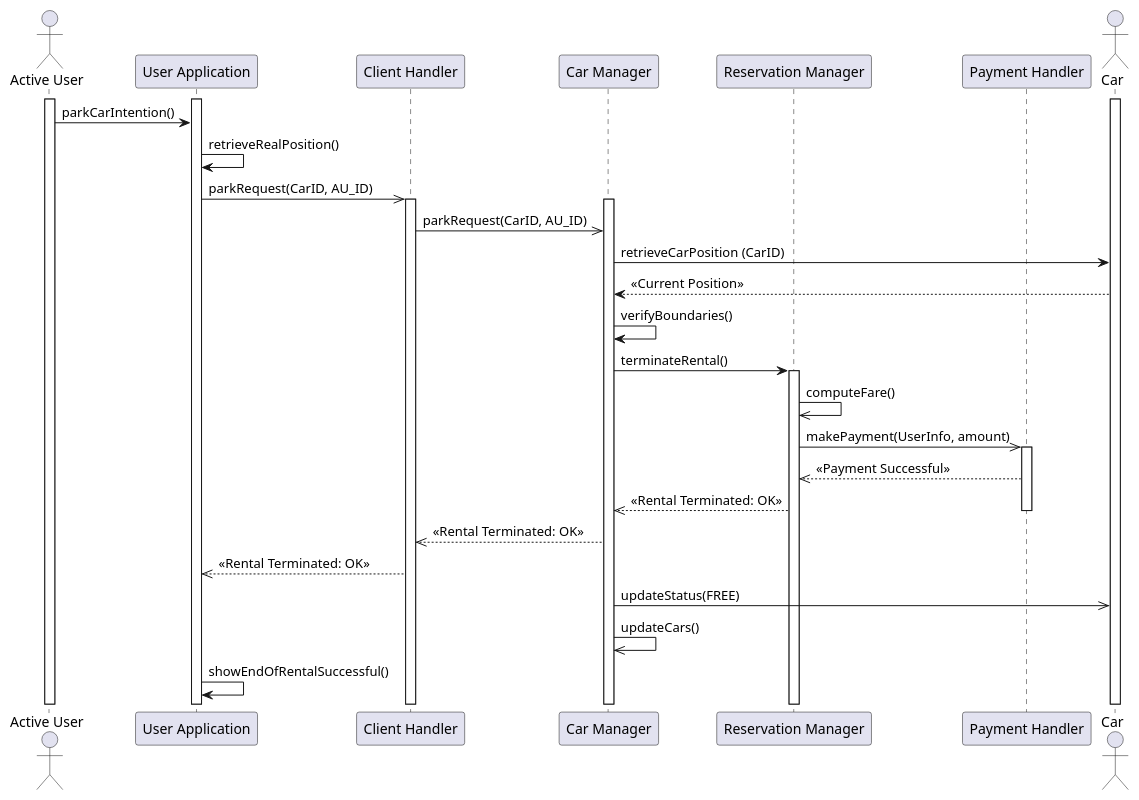
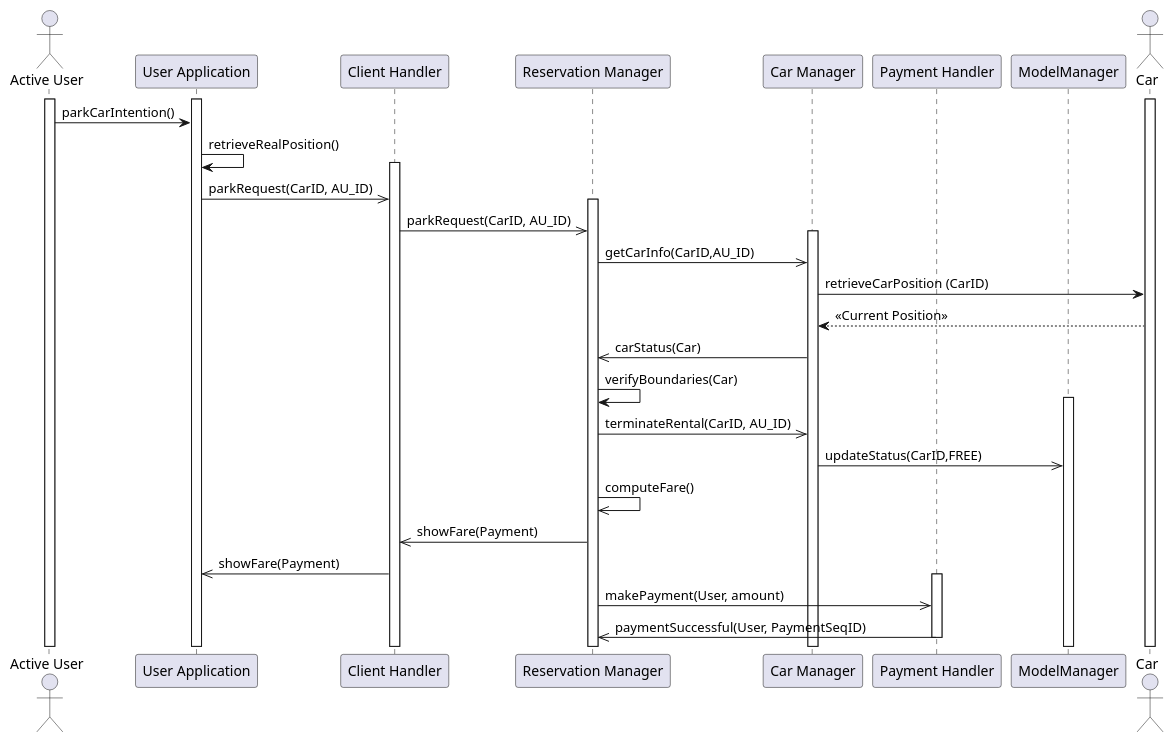
One commit to phisco/sw-eng-2 changed the diagram in DD/Sequence Diagrams/EndRentalInsideSafeZone.pu. Above: the diagram before and after it, drawn with PlantUML.

```diff
--- a/DD/Sequence Diagrams/EndRentalInsideSafeZone.pu
+++ b/DD/Sequence Diagrams/EndRentalInsideSafeZone.pu
@@ -1,41 +1,41 @@
 @startuml
 actor "Active User" as AU
 participant "User Application" as UApp
 participant "Client Handler" as CH
+participant "Reservation Manager" as RM
 participant "Car Manager" as CM
-participant "Reservation Manager" as RM
 participant "Payment Handler" as PH
+participant "ModelManager" as MM
 
 
 
 actor "Car"
 activate Car
 activate AU
 activate UApp
 AU -> UApp : parkCarIntention()
 UApp -> UApp : retrieveRealPosition()
 '-> client side check to be in safe zone'
+activate CH
 UApp ->> CH : parkRequest(CarID, AU_ID)
-activate CH
+activate RM
+CH ->> RM :  parkRequest(CarID, AU_ID)
 activate CM
-
-CH ->> CM :  parkRequest(CarID, AU_ID)
+RM ->> CM : getCarInfo(CarID,AU_ID)
 CM -> Car : retrieveCarPosition (CarID)
 CM <-- Car : <<Current Position>>
-CM -> CM : verifyBoundaries()
+RM <<- CM : carStatus(Car)
 'Server side check of car position'
-CM-> RM : terminateRental()
-activate RM
+RM -> RM : verifyBoundaries(Car)
+activate MM
+RM ->> CM : terminateRental(CarID, AU_ID)
+CM ->> MM : updateStatus(CarID,FREE)
 RM ->> RM : computeFare()
-RM ->> PH : makePayment(UserInfo, amount)
+CH <<- RM : showFare(Payment)
+UApp <<- CH :showFare(Payment)
 activate PH
-RM <<-- PH : <<Payment Successful>>
-CM <<-- RM : <<Rental Terminated: OK>>
+RM ->> PH : makePayment(User, amount)
+RM <<- PH : paymentSuccessful(User, PaymentSeqID)
+
 deactivate PH
-
-CM -->> CH : <<Rental Terminated: OK>>
-CH -->> UApp : <<Rental Terminated: OK>>
-CM ->> Car : updateStatus(FREE)
-CM ->> CM : updateCars()
-UApp -> UApp : showEndOfRentalSuccessful()
 @enduml
```
